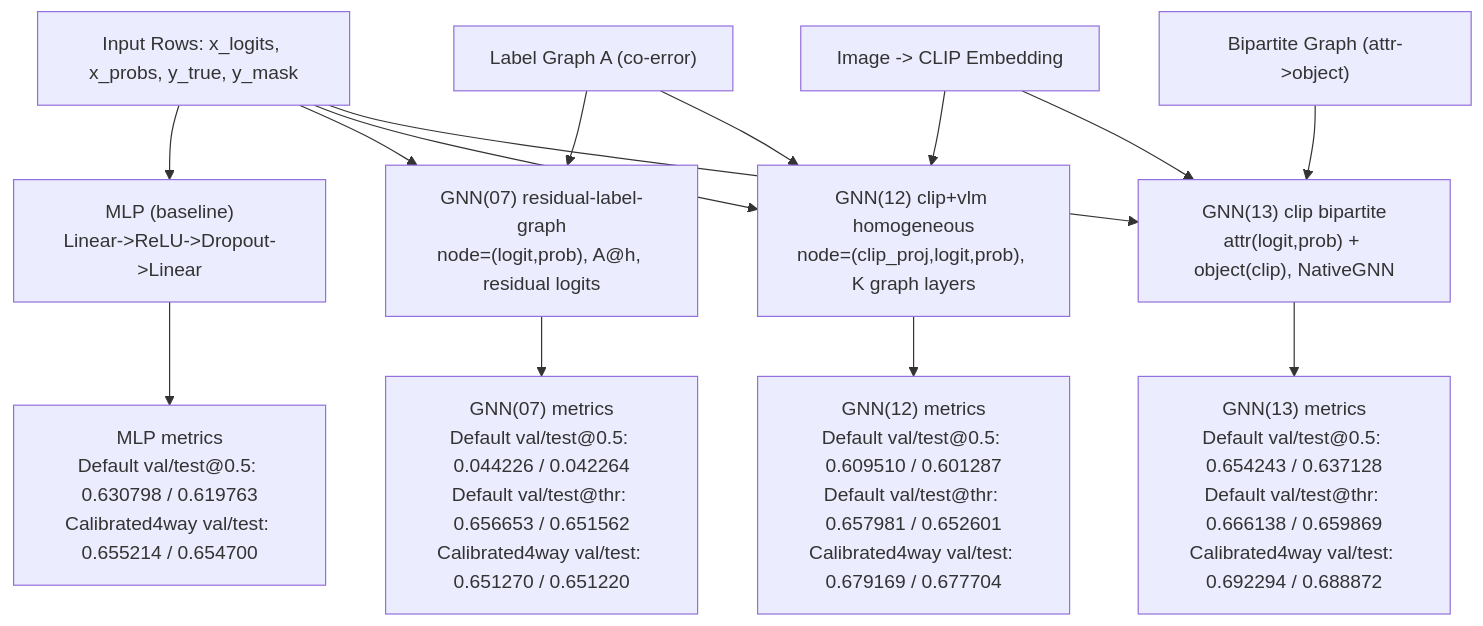
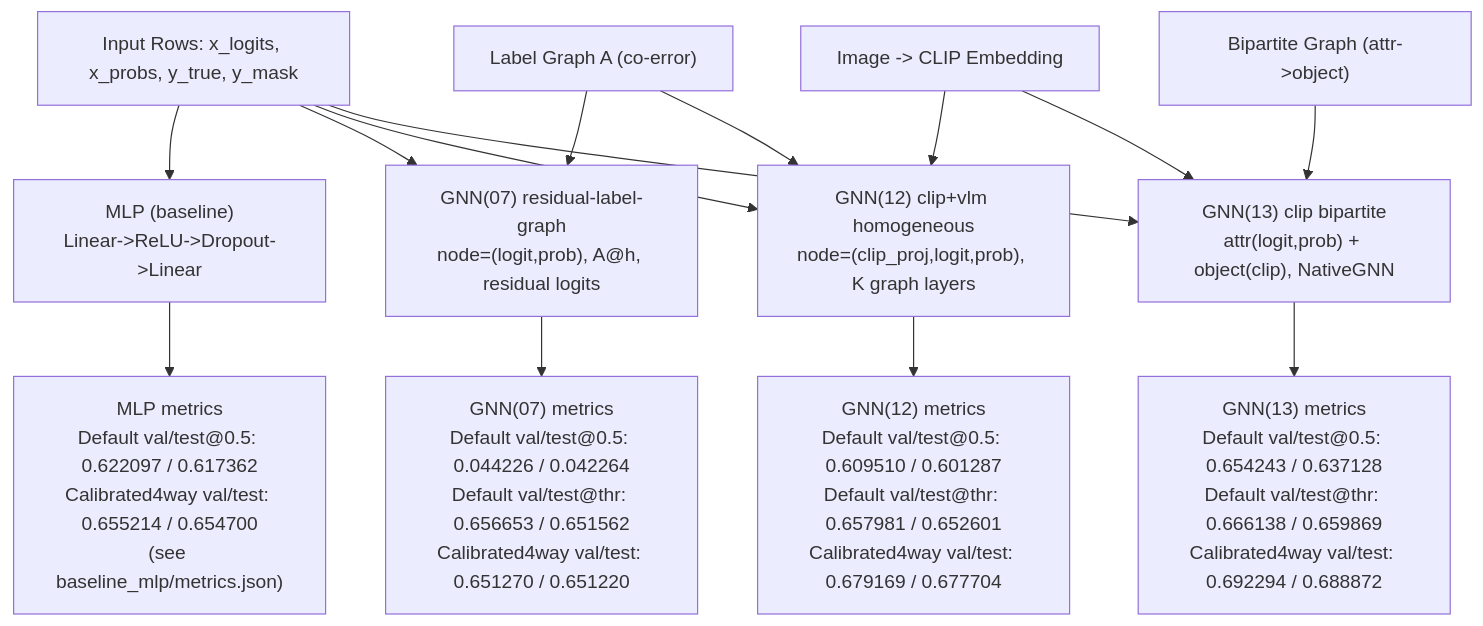
The diagram in README.md (mehtashish778/gnn-adapter), drawn with Mermaid before and after one commit. The commit also changed other lines of this file and 8 other files, not shown here.

````diff
--- a/README.md
+++ b/README.md
@@ -18,23 +20,23 @@
 ```mermaid
 flowchart TD
     InputRows["Input Rows: x_logits, x_probs, y_true, y_mask"]
     ClipImage["Image -> CLIP Embedding"]
     LabelGraph["Label Graph A (co-error)"]
     BipartiteGraph["Bipartite Graph (attr->object)"]
 
     InputRows --> MLPBaseline["MLP (baseline)\nLinear->ReLU->Dropout->Linear"]
     InputRows --> GNN07["GNN(07) residual-label-graph\nnode=(logit,prob), A@h, residual logits"]
     InputRows --> GNN12["GNN(12) clip+vlm homogeneous\nnode=(clip_proj,logit,prob), K graph layers"]
     InputRows --> GNN13["GNN(13) clip bipartite\nattr(logit,prob) + object(clip), NativeGNN"]
 
     ClipImage --> GNN12
     ClipImage --> GNN13
     LabelGraph --> GNN07
     LabelGraph --> GNN12
     BipartiteGraph --> GNN13
 
-    MLPBaseline --> MLPMetrics["MLP metrics\nDefault val/test@0.5: 0.630798 / 0.619763\nCalibrated4way val/test: 0.655214 / 0.654700"]
+    MLPBaseline --> MLPMetrics["MLP metrics\nDefault val/test@0.5: 0.622097 / 0.617362\nCalibrated4way val/test: 0.655214 / 0.654700\n(see baseline_mlp/metrics.json)"]
     GNN07 --> GNN07Metrics["GNN(07) metrics\nDefault val/test@0.5: 0.044226 / 0.042264\nDefault val/test@thr: 0.656653 / 0.651562\nCalibrated4way val/test: 0.651270 / 0.651220"]
     GNN12 --> GNN12Metrics["GNN(12) metrics\nDefault val/test@0.5: 0.609510 / 0.601287\nDefault val/test@thr: 0.657981 / 0.652601\nCalibrated4way val/test: 0.679169 / 0.677704"]
     GNN13 --> GNN13Metrics["GNN(13) metrics\nDefault val/test@0.5: 0.654243 / 0.637128\nDefault val/test@thr: 0.666138 / 0.659869\nCalibrated4way val/test: 0.692294 / 0.688872"]
 ```
````
